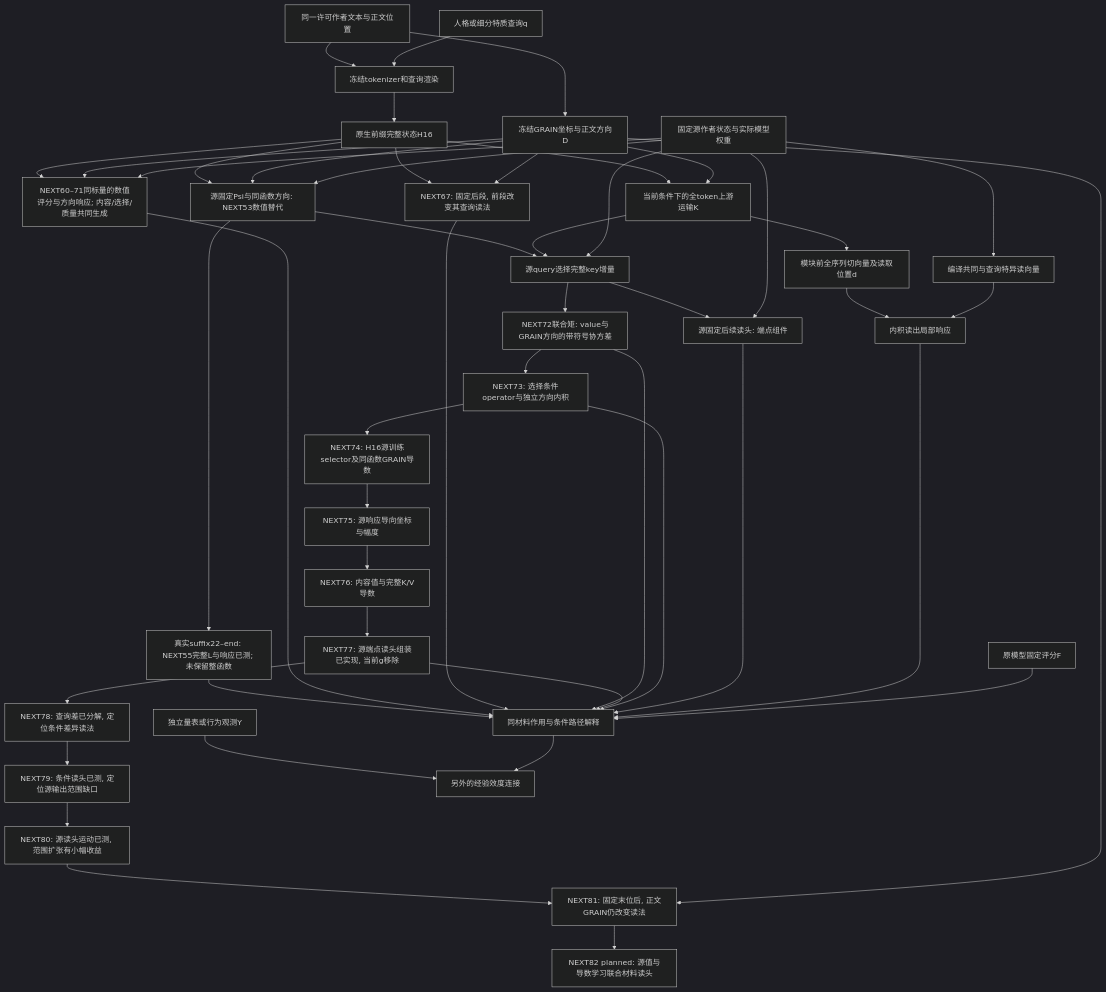
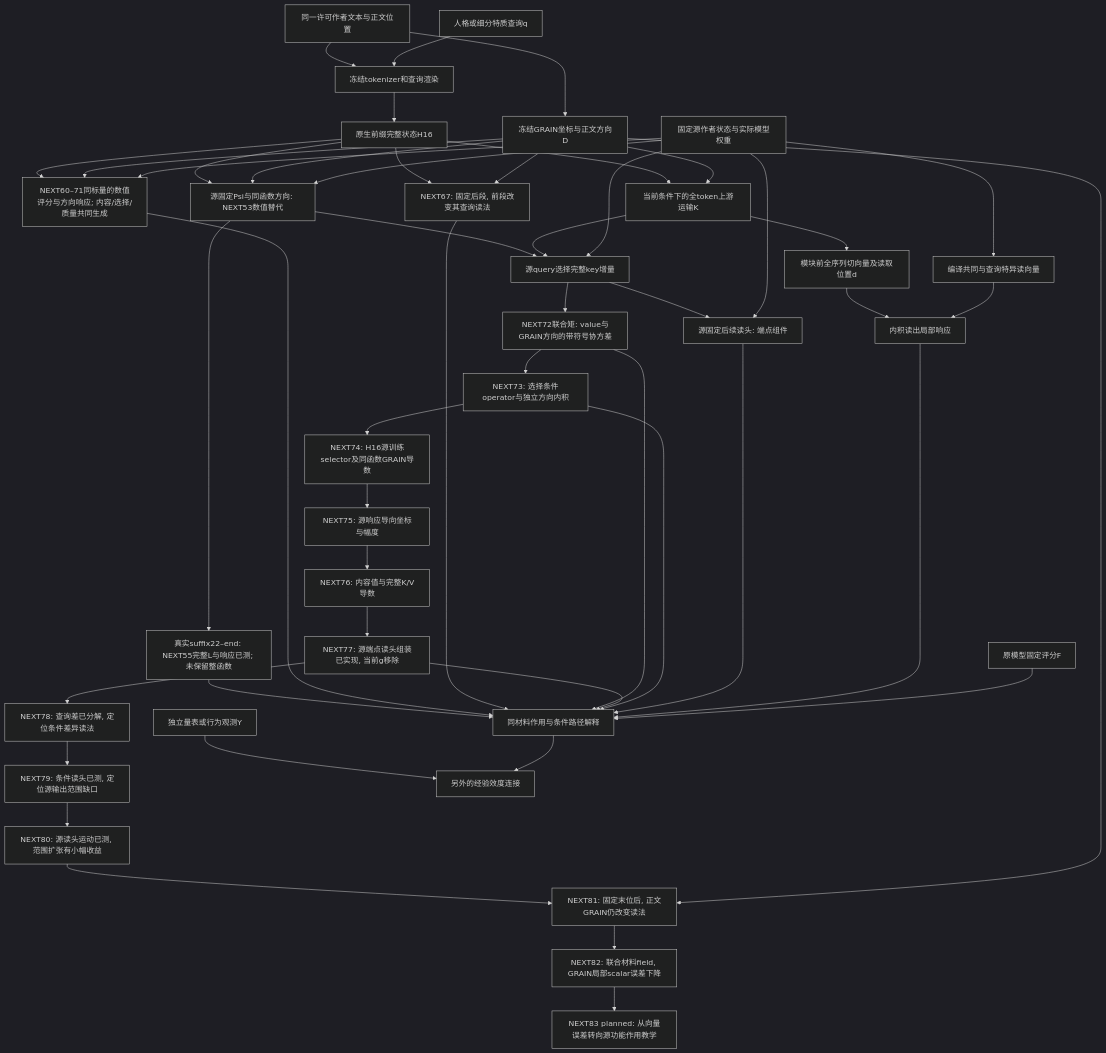
Before and after one commit to reiserhhh/GRAIN: the diagram in docs/GRAIN_UPSTREAM_MECHANISM_INTEGRATION_V1.md, drawn with Mermaid (dark theme). The commit also changed other lines of this file and 8 other files, not shown here.

````diff
--- a/docs/GRAIN_UPSTREAM_MECHANISM_INTEGRATION_V1.md
+++ b/docs/GRAIN_UPSTREAM_MECHANISM_INTEGRATION_V1.md
@@ -8,50 +8,51 @@
 ```mermaid
 flowchart TD
   T[同一许可作者文本与正文位置] --> G[冻结GRAIN坐标与正文方向D]
   T --> R[冻结tokenizer和查询渲染]
   Q[人格或细分特质查询q] --> R
   R --> H[原生前缀完整状态H16]
   H --> K[当前条件下的全token上游运输K]
   H --> P[源固定Psi与同函数方向: NEXT53数值替代]
   G --> P
   S --> P
   P --> U
   P --> W[真实suffix22–end: NEXT55完整L与响应已测; 未保留整函数]
   W --> J
   H --> Z[NEXT60–71同标量的数值评分与方向响应; 内容/选择/质量共同生成]
   G --> Z
   S --> Z
   Z --> J
   H --> I[NEXT67: 固定后段, 前段改变其查询读法]
   G --> I
   I --> J
   G --> K
   K --> D[模块前全序列切向量及读取位置d]
   S[固定源作者状态与实际模型权重] --> V[编译共同与查询特异读向量]
   D --> A[内积读出局部响应]
   V --> A
   K --> U[源query选择完整key增量]
   S --> U
   U --> M[NEXT72联合矩: value与GRAIN方向的带符号协方差]
   M --> J
   M --> O[NEXT73: 选择条件operator与独立方向内积]
   O --> P74[NEXT74: H16源训练selector及同函数GRAIN导数]
   P74 --> P75[NEXT75: 源响应导向坐标与幅度]
   P75 --> P76[NEXT76: 内容值与完整K/V导数]
   P76 --> P77[NEXT77: 源端点读头组装已实现, 当前g移除]
   P77 --> J
   P77 --> P78[NEXT78: 查询差已分解, 定位条件差异读法]
   P78 --> P79[NEXT79: 条件读头已测, 定位源输出范围缺口]
   P79 --> P80[NEXT80: 源读头运动已测, 范围扩张有小幅收益]
   P80 --> P81[NEXT81: 固定末位后, 正文GRAIN仍改变读法]
   G --> P81
-  P81 --> P82[NEXT82 planned: 源值与导数学习联合材料读头]
+  P81 --> P82[NEXT82: 联合材料field, GRAIN局部scalar误差下降]
+  P82 --> P83[NEXT83 planned: 从向量误差转向源功能作用教学]
   O --> J
   U --> C[源固定后续读头: 端点组件]
   S --> C
   C --> J
   A --> J[同材料作用与条件路径解释]
   F[原模型固定评分F] --> J
   Y[独立量表或行为观测Y] --> E[另外的经验效度连接]
   J --> E
 ```
````
